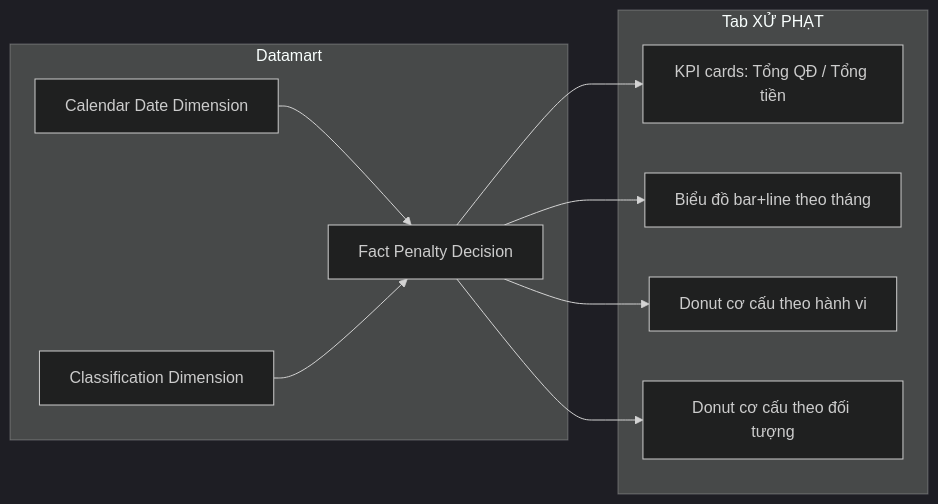
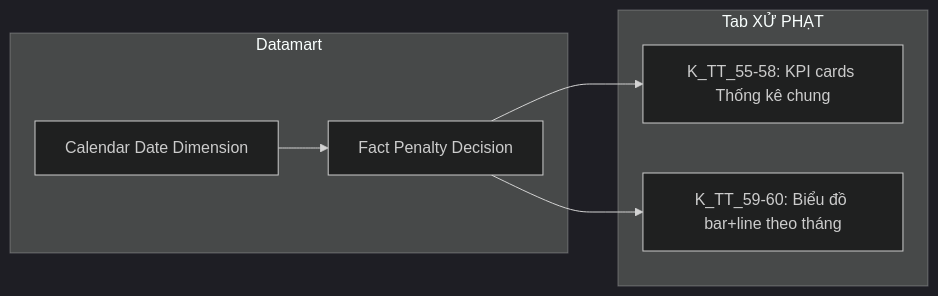
Diagram 30 of 43 in Datamart/hld/DTM_TT_HLD.md (linhlvit/ubck_atomic_design), drawn with Mermaid (dark theme) before and after one commit. The commit also changed other lines of this file and 9 other files, not shown here.

````diff
--- a/Datamart/hld/DTM_TT_HLD.md
+++ b/Datamart/hld/DTM_TT_HLD.md
@@ -752,20 +1119,14 @@
 ```mermaid
 flowchart LR
     subgraph Datamart["Datamart"]
         G1["Fact Penalty Decision"]
         G2["Calendar Date Dimension"]
-        G3["Classification Dimension"]
     end
     subgraph RPT["Tab XỬ PHẠT"]
-        R1["KPI cards: Tổng QĐ / Tổng tiền"]
-        R2["Biểu đồ bar+line theo tháng"]
-        R3["Donut cơ cấu theo hành vi"]
-        R4["Donut cơ cấu theo đối tượng"]
+        R1["K_TT_55-58: KPI cards Thống kê chung"]
+        R2["K_TT_59-60: Biểu đồ bar+line theo tháng"]
     end
     G2 --> G1
-    G3 --> G1
     G1 --> R1
     G1 --> R2
-    G1 --> R3
-    G1 --> R4
 ```
````
